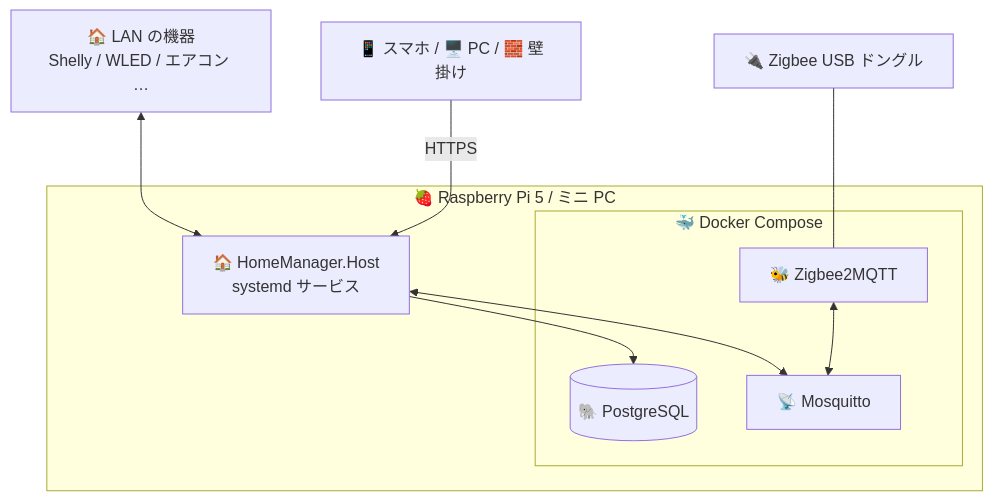
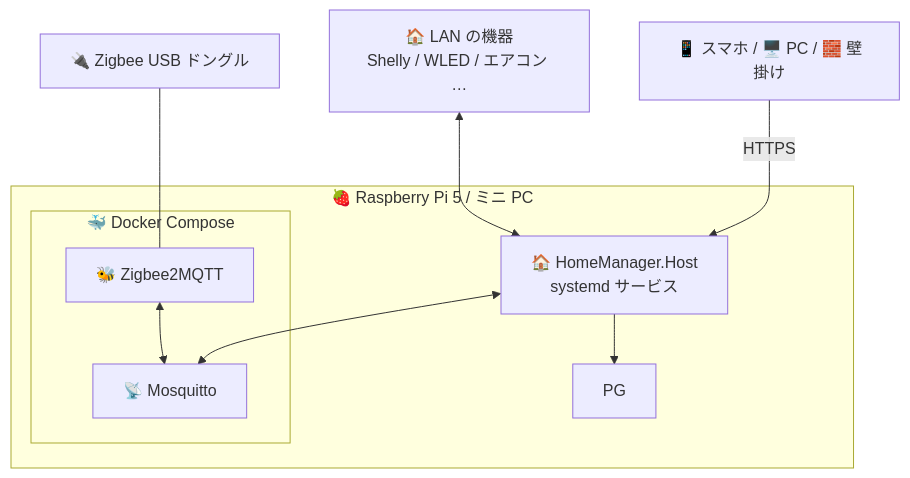
One commit to usausa/home-manager changed the fourth of 4 diagrams in docs/06-dotnet-architecture.md. Above: the diagram before and after it, drawn with Mermaid. The commit also changed other lines of this file and 61 other files, not shown here.

````diff
--- a/docs/06-dotnet-architecture.md
+++ b/docs/06-dotnet-architecture.md
@@ -464,17 +464,16 @@
 ```mermaid
 flowchart TB
     subgraph Box["🍓 Raspberry Pi 5 / ミニ PC"]
         APP["🏠 HomeManager.Host<br/>systemd サービス"]
         subgraph Docker["🐳 Docker Compose"]
-            PG[("🐘 PostgreSQL")]
             MQ["📡 Mosquitto"]
             Z2M["🐝 Zigbee2MQTT"]
         end
         APP --> PG
         APP <--> MQ
         Z2M <--> MQ
     end
     USB["🔌 Zigbee USB ドングル"] --- Z2M
     LAN["🏠 LAN の機器<br/>Shelly / WLED / エアコン …"] <--> APP
     PHONE["📱 スマホ / 🖥️ PC / 🧱 壁掛け"] -->|"HTTPS"| APP
 ```
````
